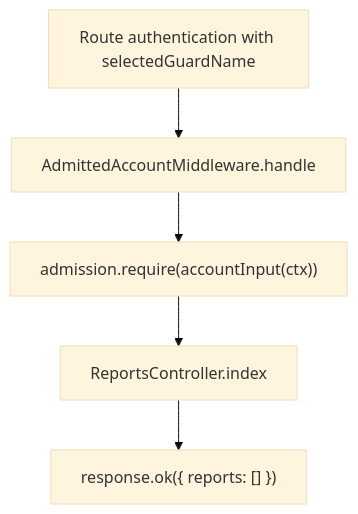
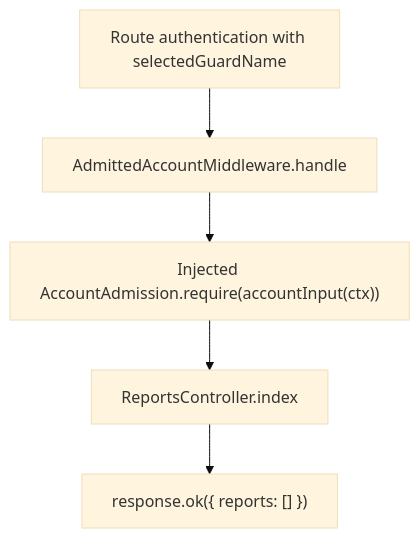
Before and after one commit to Kevinjohn/oss-adonisjs-starter-examples: the second of 2 diagrams in user-stories/api/us-api-20-read-protected-reports.md, drawn with Mermaid (base theme). The commit also changed other lines of this file and 16 other files, not shown here.

````diff
--- a/user-stories/api/us-api-20-read-protected-reports.md
+++ b/user-stories/api/us-api-20-read-protected-reports.md
@@ -31,7 +31,7 @@
 ```mermaid
 flowchart TD
     A["Route authentication with selectedGuardName"] --> B["AdmittedAccountMiddleware.handle"]
-    B --> C["admission.require(accountInput(ctx))"]
+    B --> C["Injected AccountAdmission.require(accountInput(ctx))"]
     C --> D["ReportsController.index"]
     D --> E["response.ok({ reports: [] })"]
 ```
````
